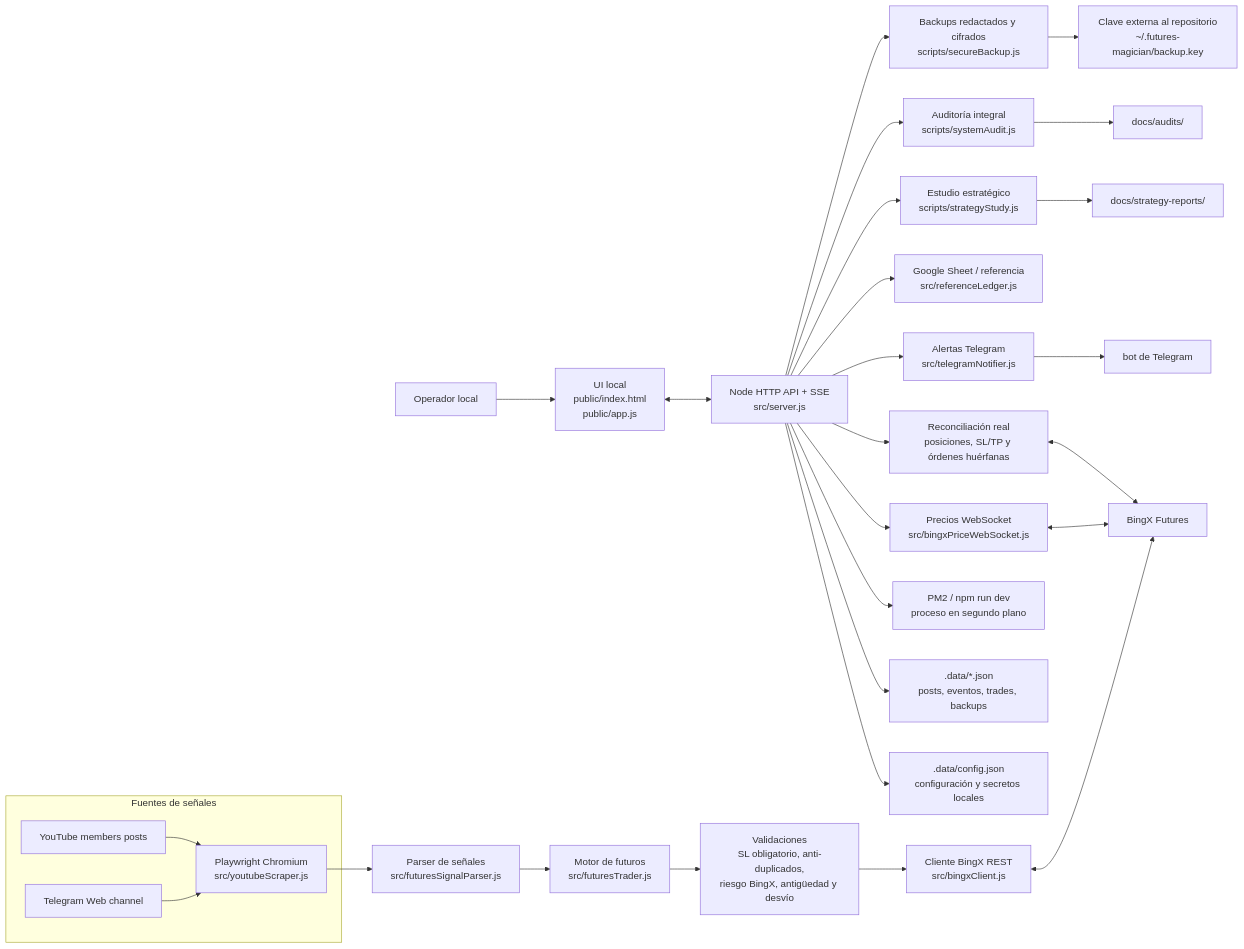
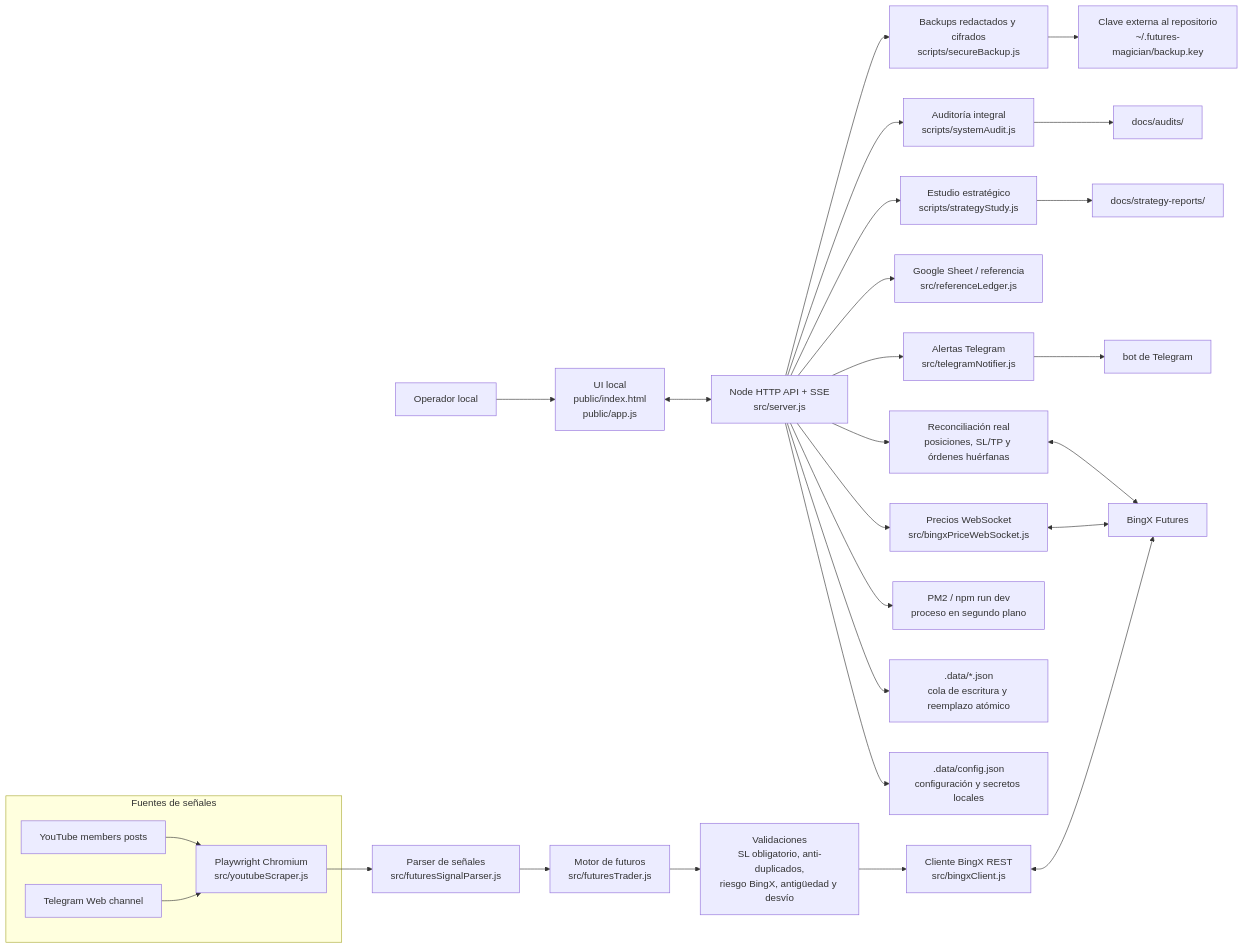
One commit to JotaTerrasa/yt-members-signal-trader changed the diagram in README.md. Above: the diagram before and after it, drawn with Mermaid. The commit also changed other lines of this file and 18 other files, not shown here.

````diff
--- a/README.md
+++ b/README.md
@@ -49,35 +52,35 @@
 ```mermaid
 flowchart LR
   operator["Operador local"] --> ui["UI local<br/>public/index.html<br/>public/app.js"]
   ui <--> api["Node HTTP API + SSE<br/>src/server.js"]
   api --> config[".data/config.json<br/>configuración y secretos locales"]
-  api --> stores[".data/*.json<br/>posts, eventos, trades, backups"]
+  api --> stores[".data/*.json<br/>cola de escritura y reemplazo atómico"]
   api --> pm2["PM2 / npm run dev<br/>proceso en segundo plano"]
 
   subgraph sources["Fuentes de señales"]
     youtube["YouTube members posts"] --> scraper["Playwright Chromium<br/>src/youtubeScraper.js"]
     telegramWeb["Telegram Web channel"] --> scraper
   end
 
   scraper --> parser["Parser de señales<br/>src/futuresSignalParser.js"]
   parser --> trader["Motor de futuros<br/>src/futuresTrader.js"]
   trader --> risk["Validaciones<br/>SL obligatorio, anti-duplicados,<br/>riesgo BingX, antigüedad y desvío"]
   risk --> bingxClient["Cliente BingX REST<br/>src/bingxClient.js"]
   bingxClient <--> bingx["BingX Futures"]
 
   api --> priceWs["Precios WebSocket<br/>src/bingxPriceWebSocket.js"]
   priceWs <--> bingx
   api --> reconcile["Reconciliación real<br/>posiciones, SL/TP y órdenes huérfanas"]
   reconcile <--> bingx
 
   api --> notifier["Alertas Telegram<br/>src/telegramNotifier.js"]
   notifier --> telegramBot["bot de Telegram"]
 
   api --> sheet["Google Sheet / referencia<br/>src/referenceLedger.js"]
   api --> study["Estudio estratégico<br/>scripts/strategyStudy.js"]
   study --> reports["docs/strategy-reports/"]
   api --> audit["Auditoría integral<br/>scripts/systemAudit.js"]
   audit --> auditReports["docs/audits/"]
   api --> backup["Backups redactados y cifrados<br/>scripts/secureBackup.js"]
   backup --> key["Clave externa al repositorio<br/>~/.futures-magician/backup.key"]
 ```
````
